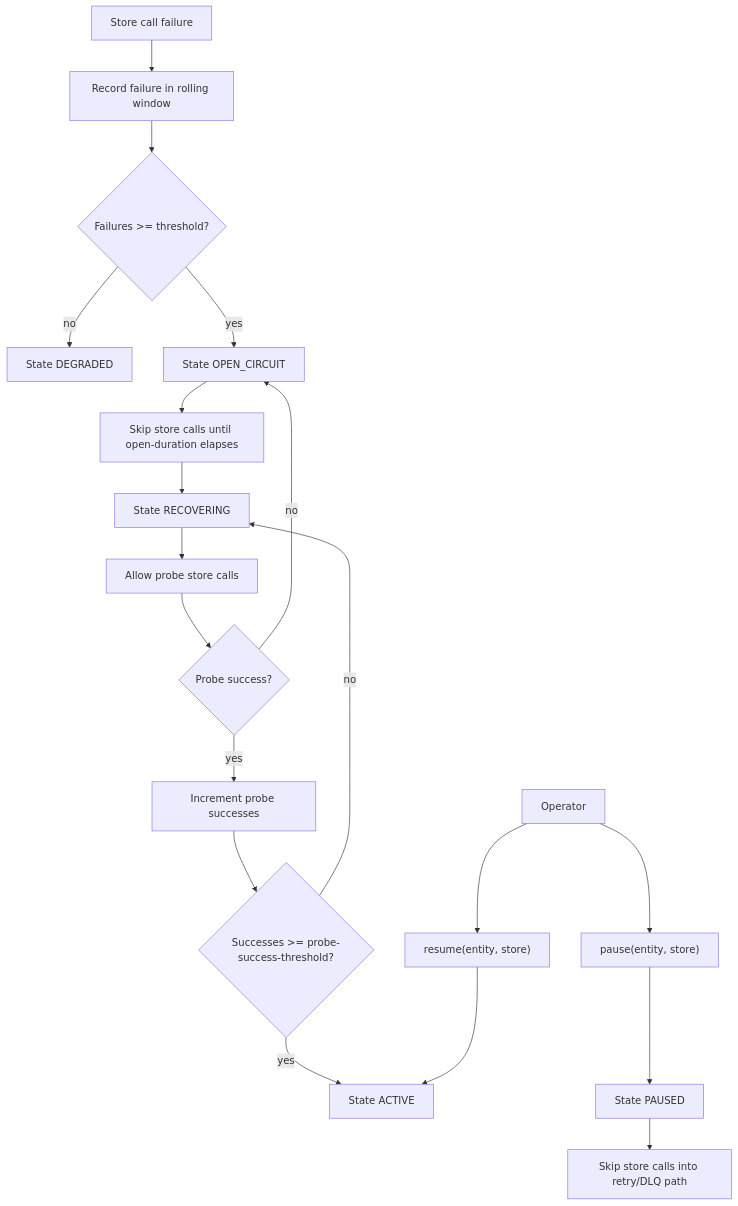
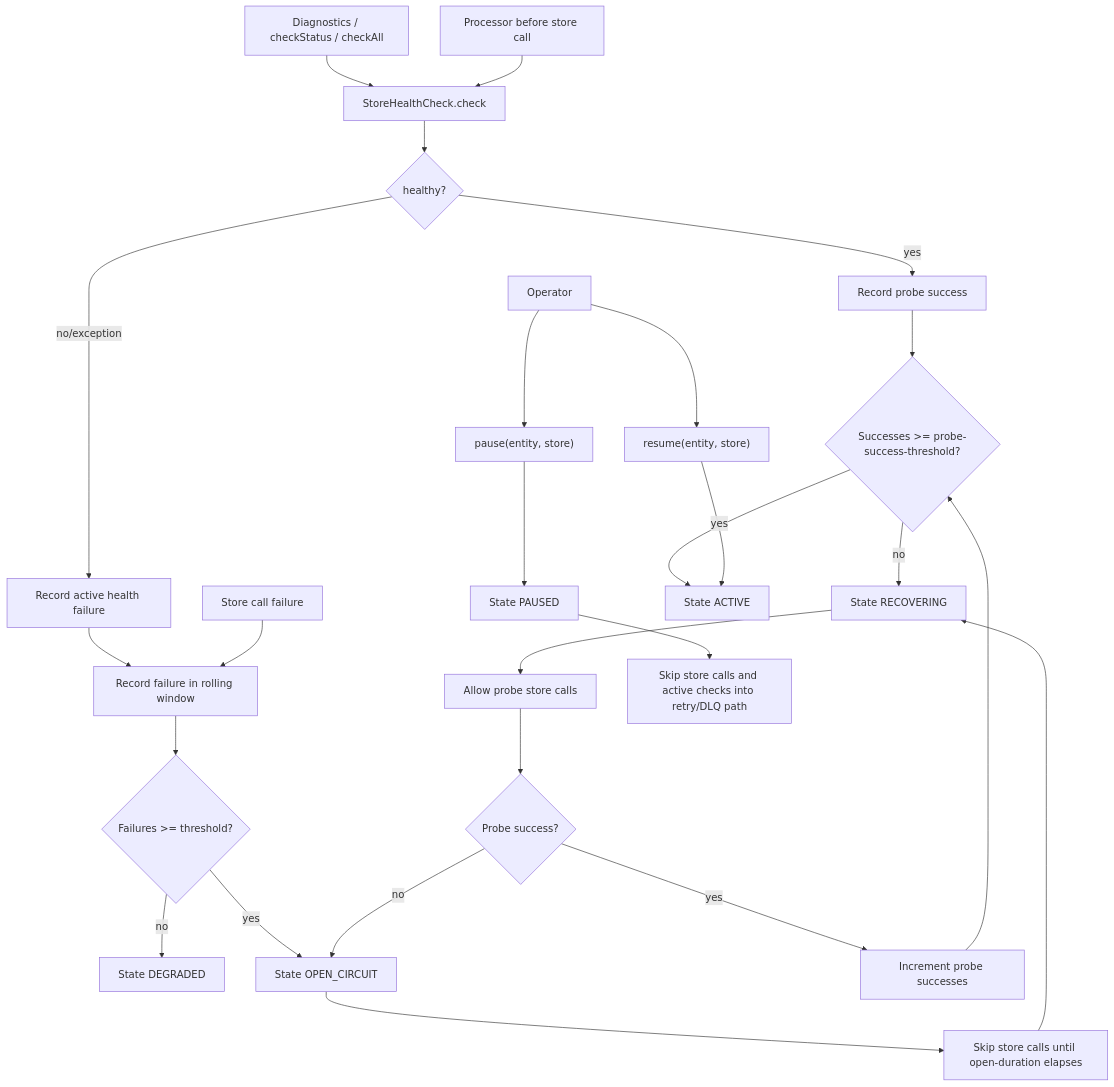
The third of 8 diagrams in WORKFLOWS.md (foogaro/kinexis), drawn with Mermaid before and after one commit. The commit also changed other lines of this file and 27 other files, not shown here.

````diff
--- a/WORKFLOWS.md
+++ b/WORKFLOWS.md
@@ -125,25 +125,34 @@
 ```mermaid
 graph TD
+    ActiveCheck["StoreHealthCheck.check"] --> CheckResult{"healthy?"}
+    CheckResult -- "yes" --> CheckSuccess["Record probe success"]
+    CheckResult -- "no/exception" --> CheckFailure["Record active health failure"]
+    CheckFailure --> Count
+    CheckSuccess --> Close
+
     Failure["Store call failure"] --> Count["Record failure in rolling window"]
     Count --> Threshold{"Failures >= threshold?"}
     Threshold -- "no" --> Degraded["State DEGRADED"]
     Threshold -- "yes" --> Open["State OPEN_CIRCUIT"]
 
     Open --> Wait["Skip store calls until open-duration elapses"]
     Wait --> Recovering["State RECOVERING"]
     Recovering --> Probe["Allow probe store calls"]
     Probe --> ProbeResult{"Probe success?"}
 
     ProbeResult -- "yes" --> ProbeCount["Increment probe successes"]
     ProbeCount --> Close{"Successes >= probe-success-threshold?"}
     Close -- "yes" --> Active["State ACTIVE"]
     Close -- "no" --> Recovering
 
     ProbeResult -- "no" --> Open
 
     Operator["Operator"] --> Pause["pause(entity, store)"]
     Pause --> Paused["State PAUSED"]
-    Paused --> Skipped["Skip store calls into retry/DLQ path"]
+    Paused --> Skipped["Skip store calls and active checks into retry/DLQ path"]
     Operator --> Resume["resume(entity, store)"]
     Resume --> Active
+
+    Diagnostics["Diagnostics / checkStatus / checkAll"] --> ActiveCheck
+    Processor["Processor before store call"] --> ActiveCheck
 ```
````
